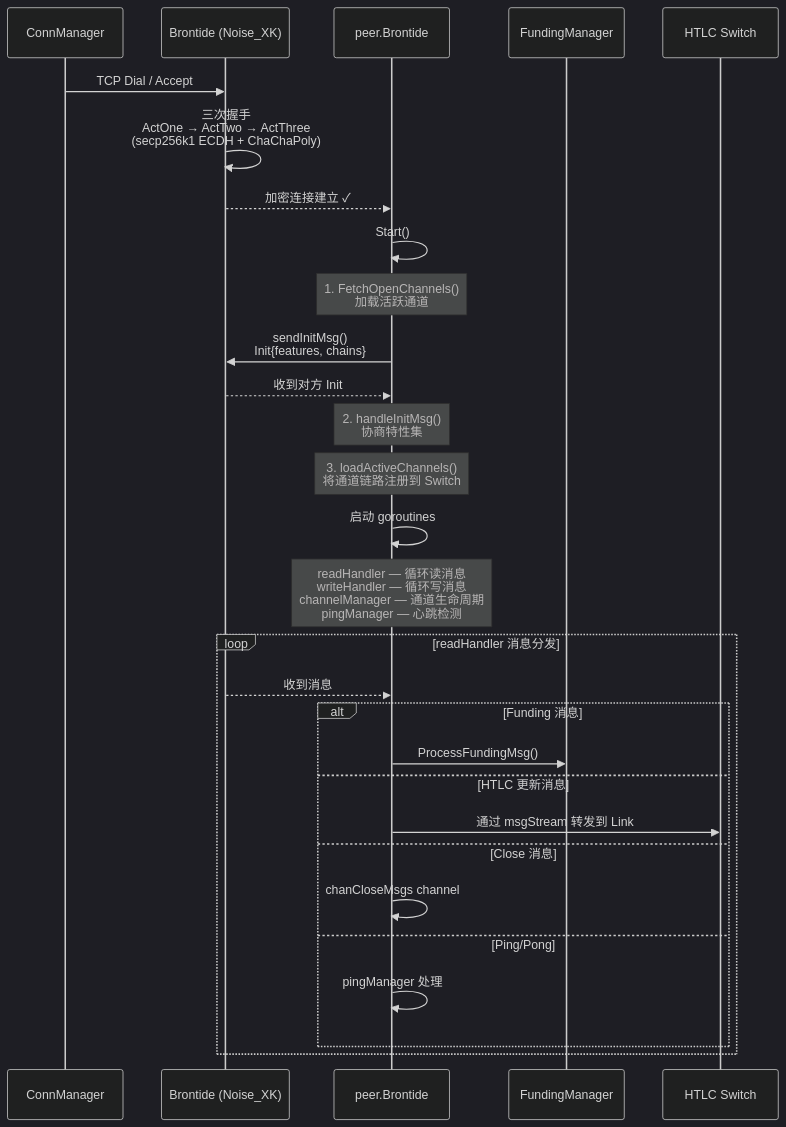
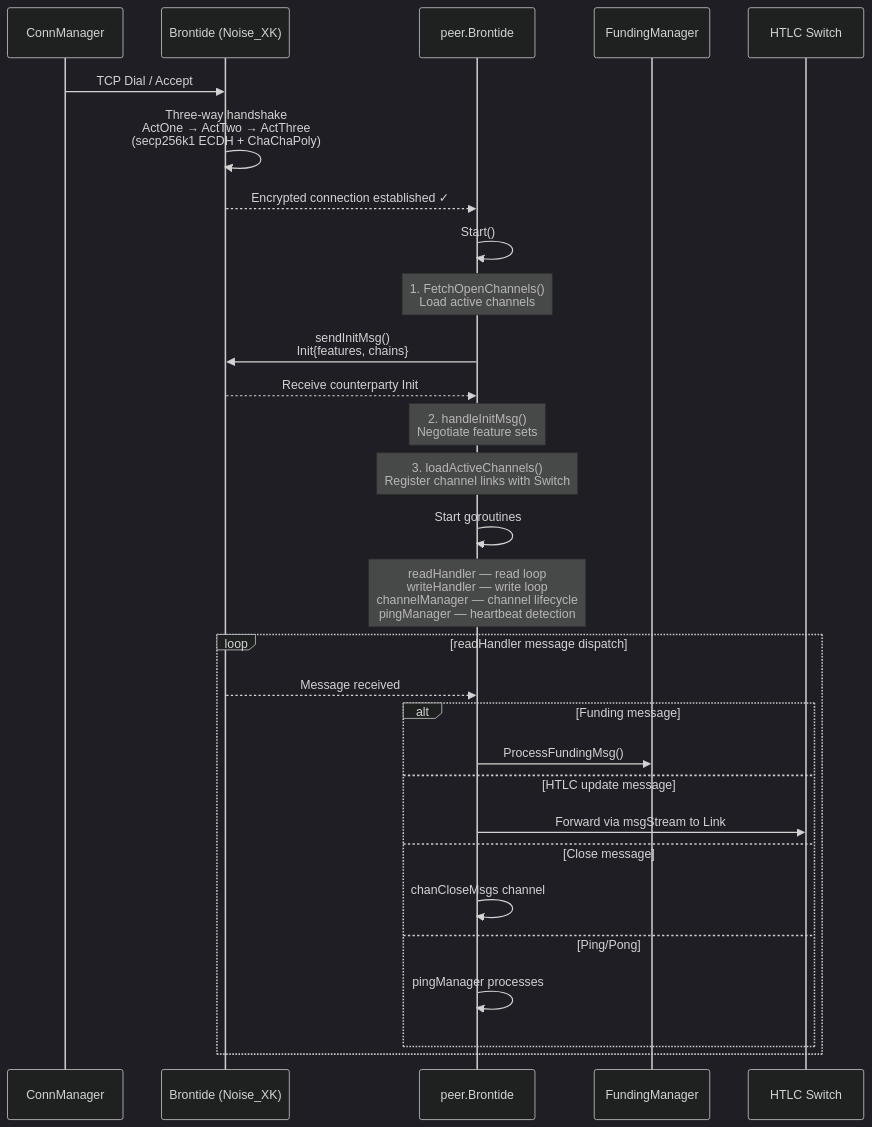
Before and after one commit to loka-network/loka-p2p-lnd: the sixth of 8 diagrams in 1-refactor-docs/lnd-architecture.md, drawn with Mermaid (dark theme). The commit also changed other lines of this file and 12 other files, not shown here.

````diff
--- a/1-refactor-docs/lnd-architecture.md
+++ b/1-refactor-docs/lnd-architecture.md
@@ -555,38 +555,38 @@
 ```mermaid
 sequenceDiagram
     participant ConnMgr as ConnManager
     participant Noise as Brontide (Noise_XK)
     participant Peer as peer.Brontide
     participant FundMgr as FundingManager
     participant Switch as HTLC Switch
 
     ConnMgr->>Noise: TCP Dial / Accept
-    Noise->>Noise: 三次握手<br/>ActOne → ActTwo → ActThree<br/>(secp256k1 ECDH + ChaChaPoly)
+    Noise->>Noise: Three-way handshake<br/>ActOne → ActTwo → ActThree<br/>(secp256k1 ECDH + ChaChaPoly)
 
-    Noise-->>Peer: 加密连接建立 ✓
+    Noise-->>Peer: Encrypted connection established ✓
 
     Peer->>Peer: Start()
-    Note over Peer: 1. FetchOpenChannels()<br/>加载活跃通道
+    Note over Peer: 1. FetchOpenChannels()<br/>Load active channels
 
     Peer->>Noise: sendInitMsg()<br/>Init{features, chains}
-    Noise-->>Peer: 收到对方 Init
-    Note over Peer: 2. handleInitMsg()<br/>协商特性集
+    Noise-->>Peer: Receive counterparty Init
+    Note over Peer: 2. handleInitMsg()<br/>Negotiate feature sets
 
-    Note over Peer: 3. loadActiveChannels()<br/>将通道链路注册到 Switch
+    Note over Peer: 3. loadActiveChannels()<br/>Register channel links with Switch
 
-    Peer->>Peer: 启动 goroutines
-    Note over Peer: readHandler — 循环读消息<br/>writeHandler — 循环写消息<br/>channelManager — 通道生命周期<br/>pingManager — 心跳检测
+    Peer->>Peer: Start goroutines
+    Note over Peer: readHandler — read loop<br/>writeHandler — write loop<br/>channelManager — channel lifecycle<br/>pingManager — heartbeat detection
 
-    loop readHandler 消息分发
-        Noise-->>Peer: 收到消息
-        alt Funding 消息
+    loop readHandler message dispatch
+        Noise-->>Peer: Message received
+        alt Funding message
             Peer->>FundMgr: ProcessFundingMsg()
-        else HTLC 更新消息
-            Peer->>Switch: 通过 msgStream 转发到 Link
-        else Close 消息
+        else HTLC update message
+            Peer->>Switch: Forward via msgStream to Link
+        else Close message
             Peer->>Peer: chanCloseMsgs channel
         else Ping/Pong
-            Peer->>Peer: pingManager 处理
+            Peer->>Peer: pingManager processes
         end
     end
 ```
````
